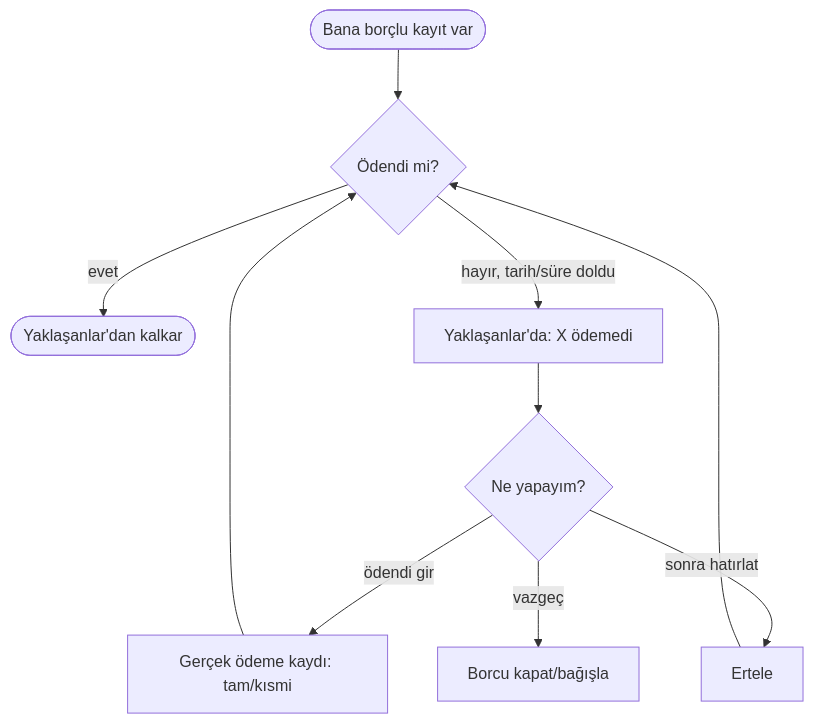
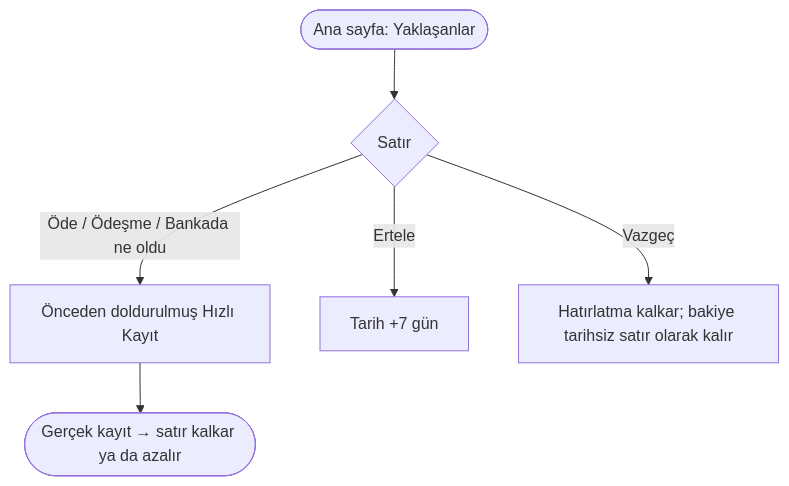
The diagram in docs/ux/akislar/AKS-017-hatirlatma.md (akderelianil/aa-finance), drawn with Mermaid before and after one commit. The commit also changed other lines of this file and 18 other files, not shown here.

````diff
--- a/docs/ux/akislar/AKS-017-hatirlatma.md
+++ b/docs/ux/akislar/AKS-017-hatirlatma.md
@@ -18,12 +29,8 @@
 ```mermaid
 flowchart TD
-  A([Bana borçlu kayıt var]) --> B{Ödendi mi?}
-  B -- evet --> Z([Yaklaşanlar'dan kalkar])
-  B -- hayır, tarih/süre doldu --> C[Yaklaşanlar'da: X ödemedi]
-  C --> D{Ne yapayım?}
-  D -- ödendi gir --> E[Gerçek ödeme kaydı: tam/kısmi]
-  D -- sonra hatırlat --> F[Ertele]
-  D -- vazgeç --> G[Borcu kapat/bağışla]
-  E --> B
-  F --> B
+  A([Ana sayfa: Yaklaşanlar]) --> B{Satır}
+  B -- Öde / Ödeşme / Bankada ne oldu --> C[Önceden doldurulmuş Hızlı Kayıt]
+  C --> D([Gerçek kayıt → satır kalkar ya da azalır])
+  B -- Ertele --> E[Tarih +7 gün]
+  B -- Vazgeç --> F[Hatırlatma kalkar; bakiye tarihsiz satır olarak kalır]
 ```
````
